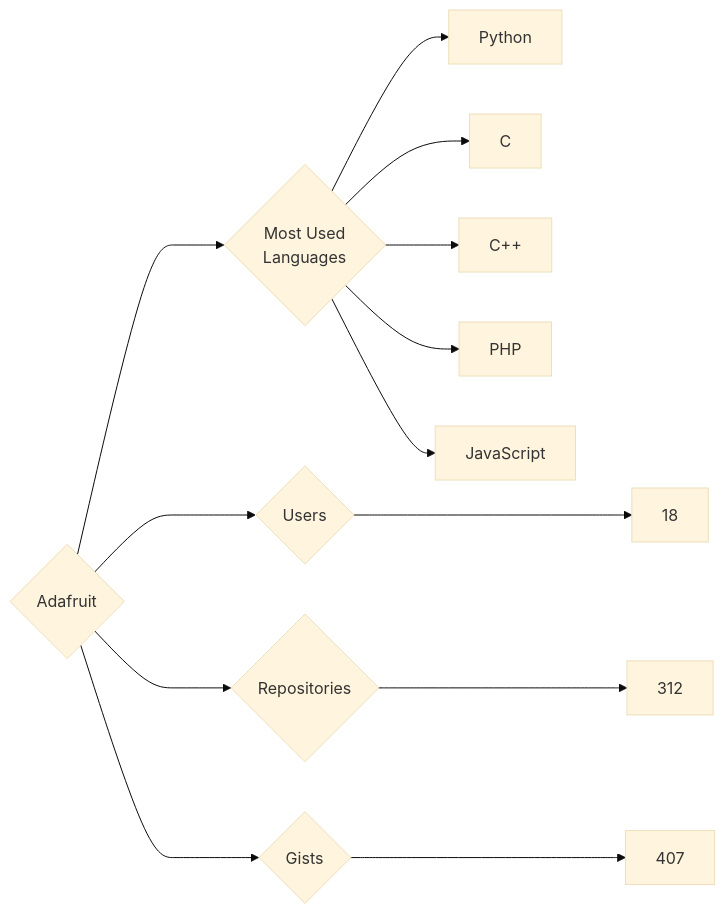
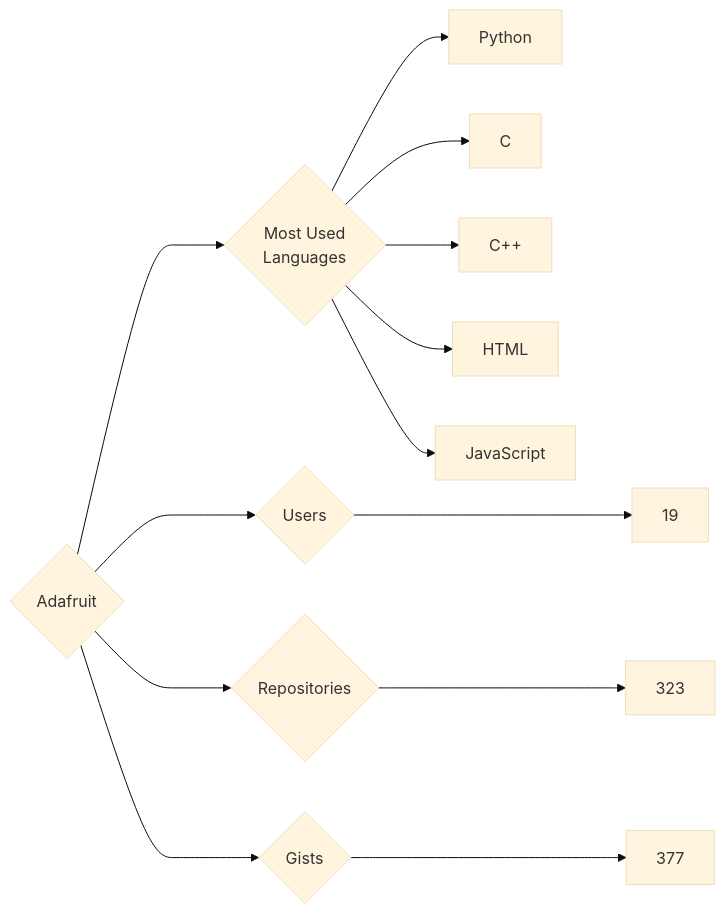
One commit to trickest/insiders changed the diagram in targets/Adafruit/README.md. Above: the diagram before and after it, drawn with Mermaid (base theme). The commit also changed 870 other files, not shown here.

````diff
--- a/targets/Adafruit/README.md
+++ b/targets/Adafruit/README.md
@@ -3,13 +3,13 @@
 ```mermaid
 graph LR
 COMPANY_NAME{Adafruit}
-COMPANY_NAME ---> U{Users} ---> UN[18]
-COMPANY_NAME ---> R{Repositories} ---> RN[312]
-COMPANY_NAME ---> G{Gists} ---> GN[407]
+COMPANY_NAME ---> U{Users} ---> UN[19]
+COMPANY_NAME ---> R{Repositories} ---> RN[323]
+COMPANY_NAME ---> G{Gists} ---> GN[377]
 COMPANY_NAME ---> ML{Most Used<br>Languages}
 ML --> Python[Python]
 ML --> C[C]
 ML --> C++[C++]
-ML --> PHP[PHP]
+ML --> HTML[HTML]
 ML --> JavaScript[JavaScript]
 ```
````
